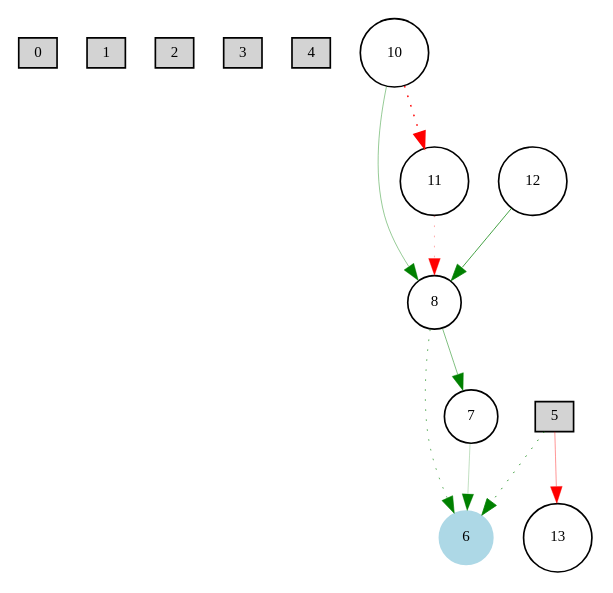
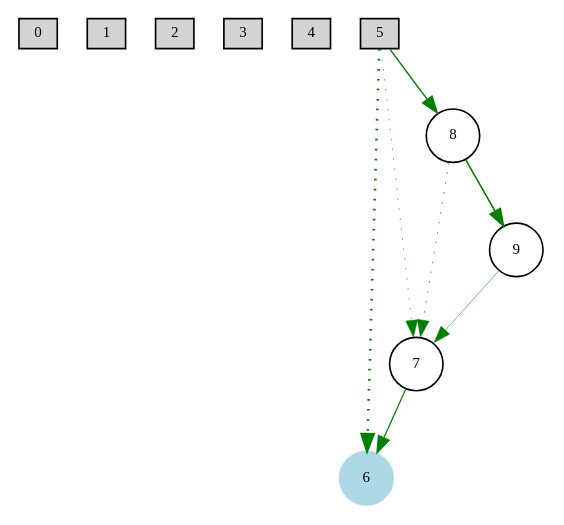
One commit to arkadyark/PongAI changed the diagram in 2015-2016/nn_winner.gv. Above: the diagram before and after it, drawn with Graphviz. The commit also changed 14 other files, not shown here.

```diff
--- a/2015-2016/nn_winner.gv
+++ b/2015-2016/nn_winner.gv
@@ -1,19 +1,17 @@
 digraph {
 	node [fontsize=9 height=0.2 shape=circle width=0.2]
 		0 [shape=box style=filled]
 		1 [shape=box style=filled]
 		2 [shape=box style=filled]
 		3 [shape=box style=filled]
 		4 [shape=box style=filled]
 		5 [shape=box style=filled]
 		6 [color=lightblue style=filled]
-			10 -> 8 [color=green penwidth=0.246685183144 style=solid]
-			10 -> 11 [color=red penwidth=0.88206697574 style=dotted]
-			5 -> 6 [color=green penwidth=0.471513381572 style=dotted]
-			7 -> 6 [color=green penwidth=0.146813653263 style=solid]
-			5 -> 13 [color=red penwidth=0.248757675182 style=solid]
-			11 -> 8 [color=red penwidth=0.201363830329 style=dotted]
-			8 -> 7 [color=green penwidth=0.3 style=solid]
-			8 -> 6 [color=green penwidth=0.373992058335 style=dotted]
-			12 -> 8 [color=green penwidth=0.442549814129 style=solid]
+			5 -> 6 [color=green penwidth=1.58266544675 style=dotted]
+			7 -> 6 [color=green penwidth=0.746303350525 style=solid]
+			5 -> 7 [color=green penwidth=0.341505000217 style=dotted]
+			8 -> 9 [color=green penwidth=0.959295985581 style=solid]
+			8 -> 7 [color=green penwidth=0.406950506342 style=dotted]
+			5 -> 8 [color=green penwidth=0.823988843231 style=solid]
+			9 -> 7 [color=green penwidth=0.330033841511 style=solid]
 }
```
